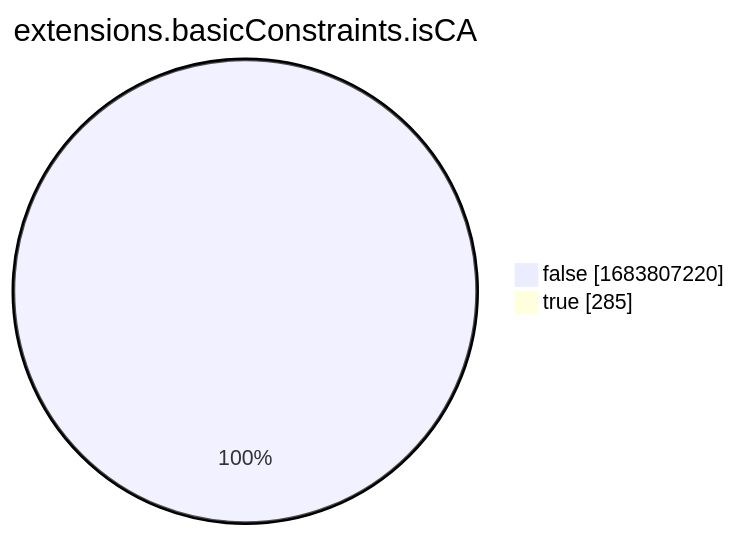
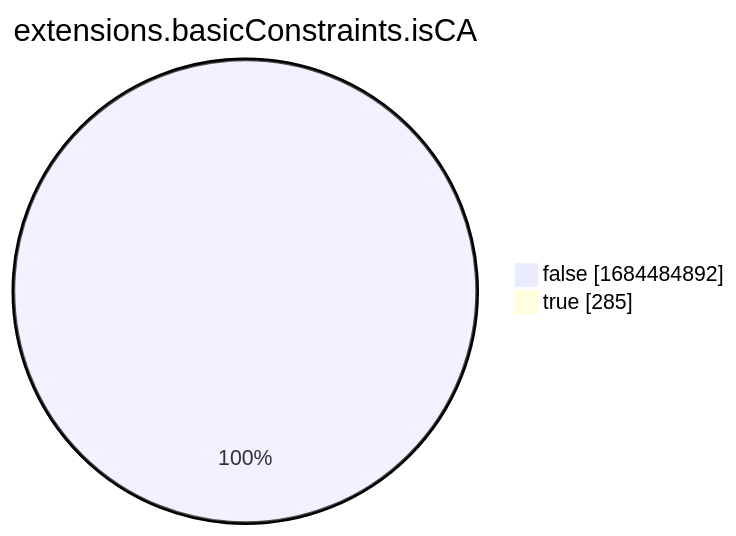
Before and after one commit to christiankrug/ctmonitor_visualization: the eighth of 15 diagrams in xenon2022/README.md, drawn with Mermaid. The commit also changed other lines of this file, not shown here.

````diff
--- a/xenon2022/README.md
+++ b/xenon2022/README.md
@@ -2865,6 +2865,6 @@
 ```mermaid
 pie showData
 title extensions.basicConstraints.isCA
-"false" :1683807220
+"false" :1684484892
 "true" :285
 ```
````
